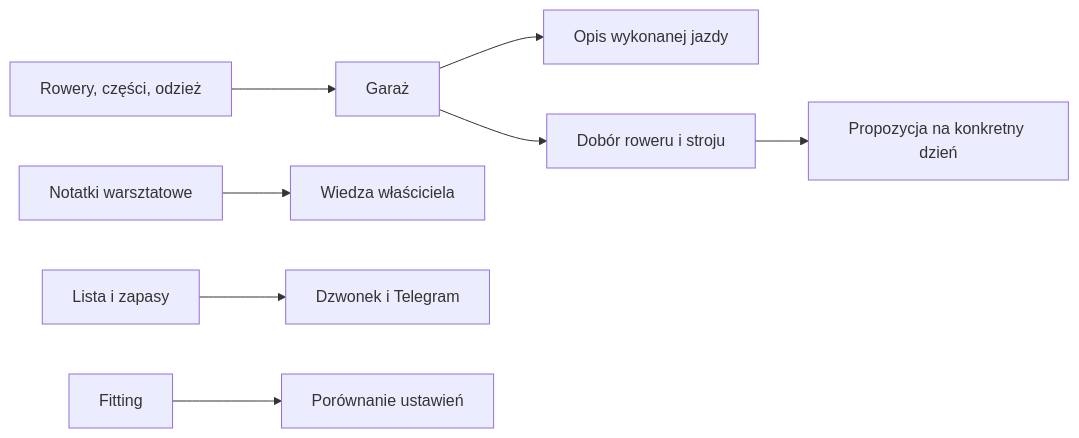
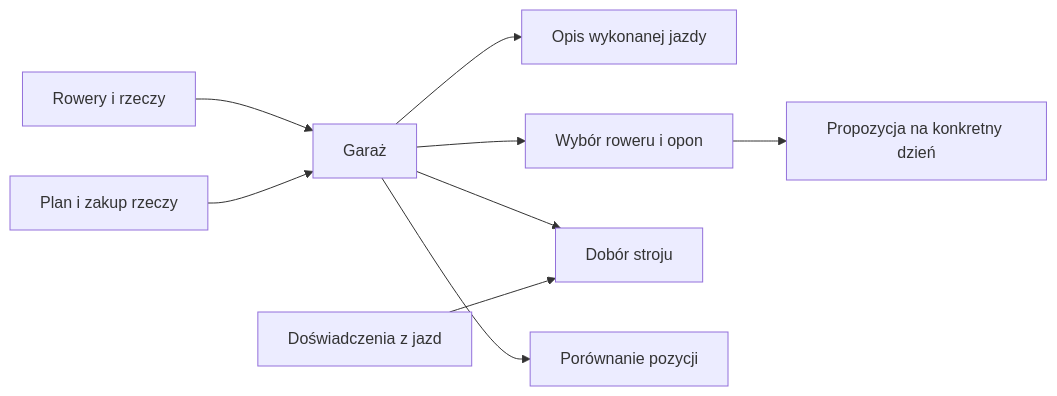
One commit to QbotMS/QbotQ changed the diagram in docs/wiki/garaz/index.md. Above: the diagram before and after it, drawn with Mermaid. The commit also changed other lines of this file and 153 other files, not shown here.

````diff
--- a/docs/wiki/garaz/index.md
+++ b/docs/wiki/garaz/index.md
@@ -27,10 +43,11 @@
 ```mermaid
 flowchart LR
-  Wpisy[Rowery, części, odzież] --> Garaz[Garaż]
-  Garaz --> Jazdy[Opis wykonanej jazdy]
-  Garaz --> Trasa[Dobór roweru i stroju]
-  Trasa --> Rekomendacja[Propozycja na konkretny dzień]
-  Notatki[Notatki warsztatowe] --> Czlowiek[Wiedza właściciela]
-  Zakupy[Lista i zapasy] --> Przypomnienia[Dzwonek i Telegram]
-  Dopasowanie[Fitting] --> Pozycja[Porównanie ustawień]
+  Wpisy[Rowery i rzeczy] --> Garaz[Garaż]
+  Garaz --> Raport[Opis wykonanej jazdy]
+  Garaz --> Trasa[Wybór roweru i opon]
+  Garaz --> Ubior[Dobór stroju]
+  Garaz --> Fitting[Porównanie pozycji]
+  Zakupy[Plan i zakup rzeczy] --> Garaz
+  Trasa --> Wynik[Propozycja na konkretny dzień]
+  Uwagi[Doświadczenia z jazd] --> Ubior
 ```
````
